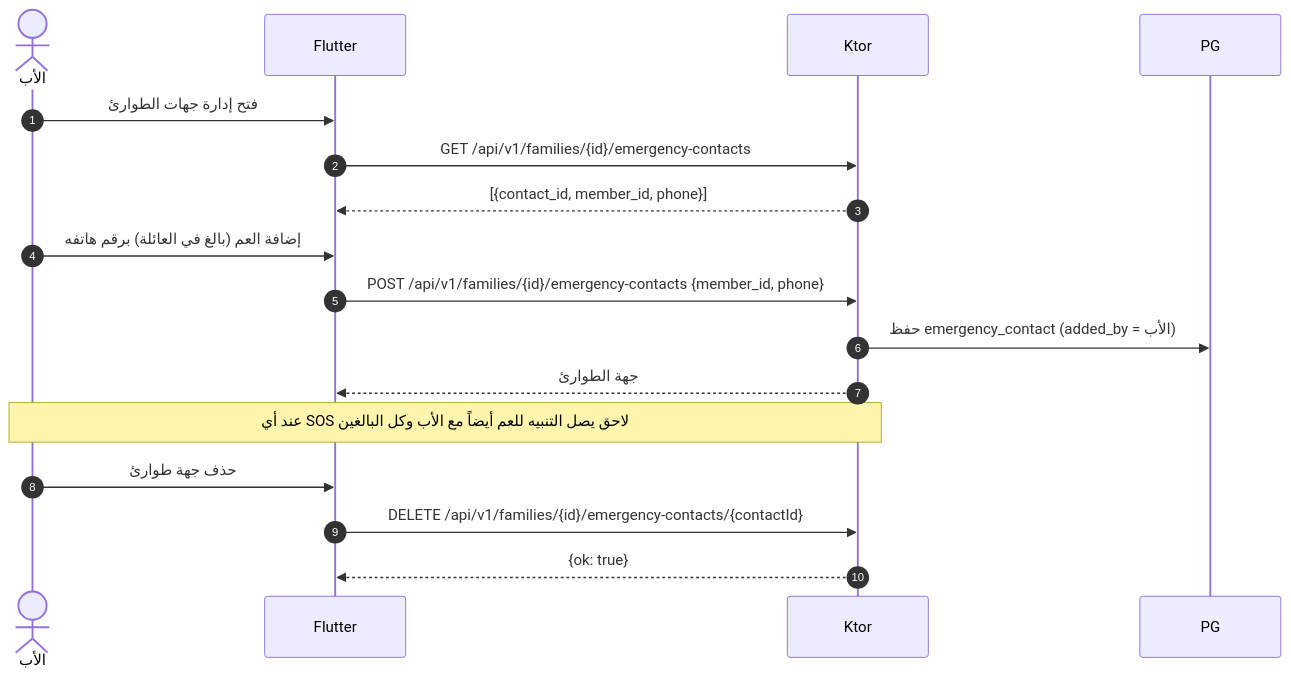
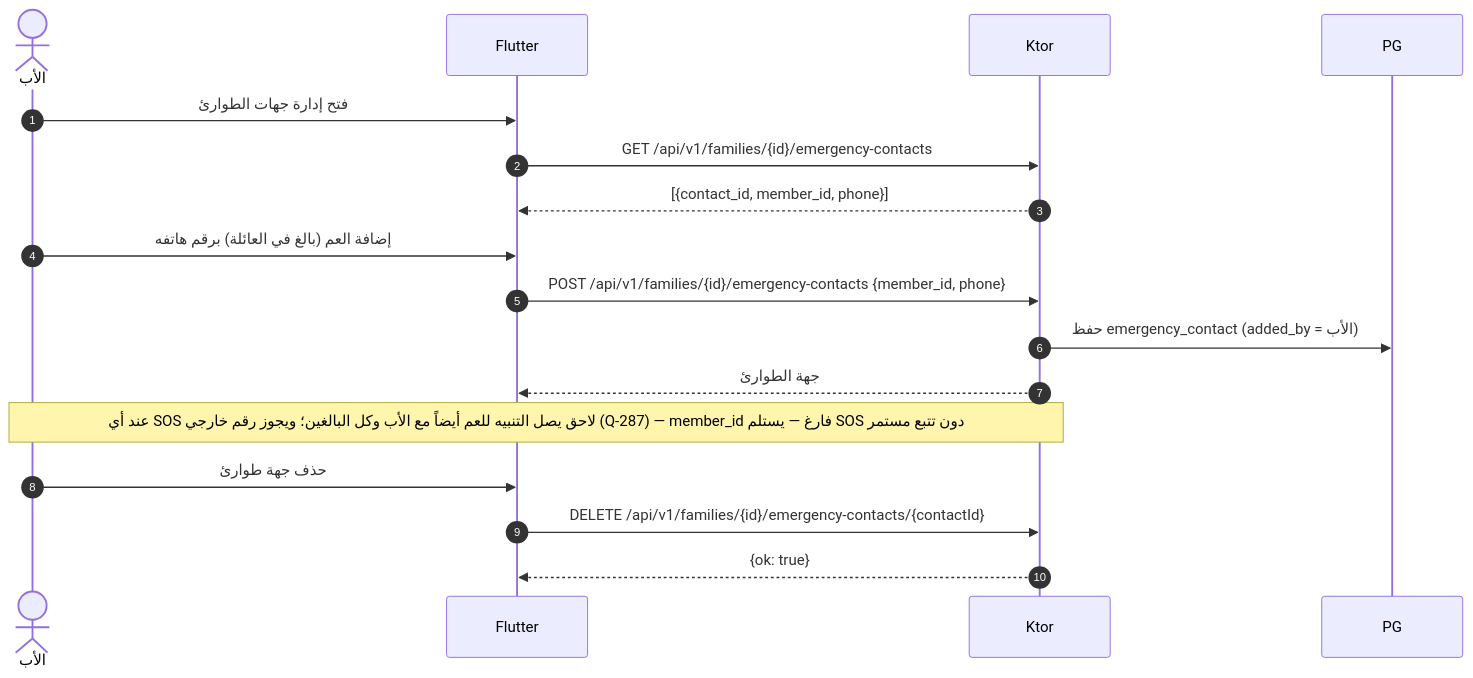
Before and after one commit to Bassam-mohammed-alqaeadi/family-os-v2: the eighth of 13 diagrams in docs/family-os/governance/phases/phase-1/S1-07-location-basic/DIAGRAMS.md, drawn with Mermaid. The commit also changed other lines of this file and 1 other file, not shown here.

Commit message:
R2-S107-31 (Q-287): أرقام طوارئ خارجية مسموحة — يضيفها الأب صراحةً (member_id فارغ، مُسجَّلة)؛ تستلم SOS دون تتبع مستمر؛ والافتراضي: لا أرقام خارجية

````diff
--- a/docs/family-os/governance/phases/phase-1/S1-07-location-basic/DIAGRAMS.md
+++ b/docs/family-os/governance/phases/phase-1/S1-07-location-basic/DIAGRAMS.md
@@ -326,19 +326,19 @@
 ```mermaid
 sequenceDiagram
     autonumber
     actor Father as الأب
     participant التطبيق as Flutter
     participant الخادم as Ktor
     participant المخزن as PG
     Father->>التطبيق: فتح إدارة جهات الطوارئ
     التطبيق->>الخادم: GET /api/v1/families/{id}/emergency-contacts
     الخادم-->>التطبيق: [{contact_id, member_id, phone}]
     Father->>التطبيق: إضافة العم (بالغ في العائلة) برقم هاتفه
     التطبيق->>الخادم: POST /api/v1/families/{id}/emergency-contacts {member_id, phone}
     الخادم->>المخزن: حفظ emergency_contact (added_by = الأب)
     الخادم-->>التطبيق: جهة الطوارئ
-    Note over Father,الخادم: عند أي SOS لاحق يصل التنبيه للعم أيضاً مع الأب وكل البالغين
+    Note over Father,الخادم: عند أي SOS لاحق يصل التنبيه للعم أيضاً مع الأب وكل البالغين؛ ويجوز رقم خارجي (Q-287) — member_id فارغ — يستلم SOS دون تتبع مستمر
     Father->>التطبيق: حذف جهة طوارئ
     التطبيق->>الخادم: DELETE /api/v1/families/{id}/emergency-contacts/{contactId}
     الخادم-->>التطبيق: {ok: true}
 ```
````
